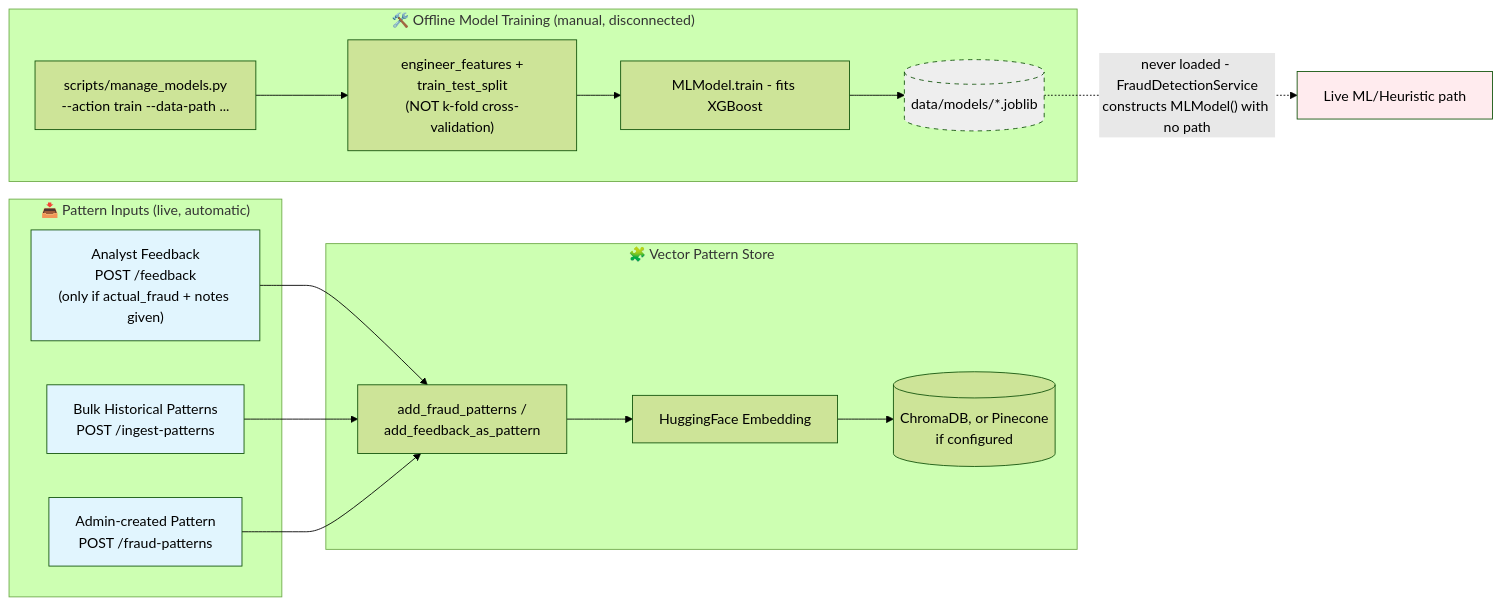
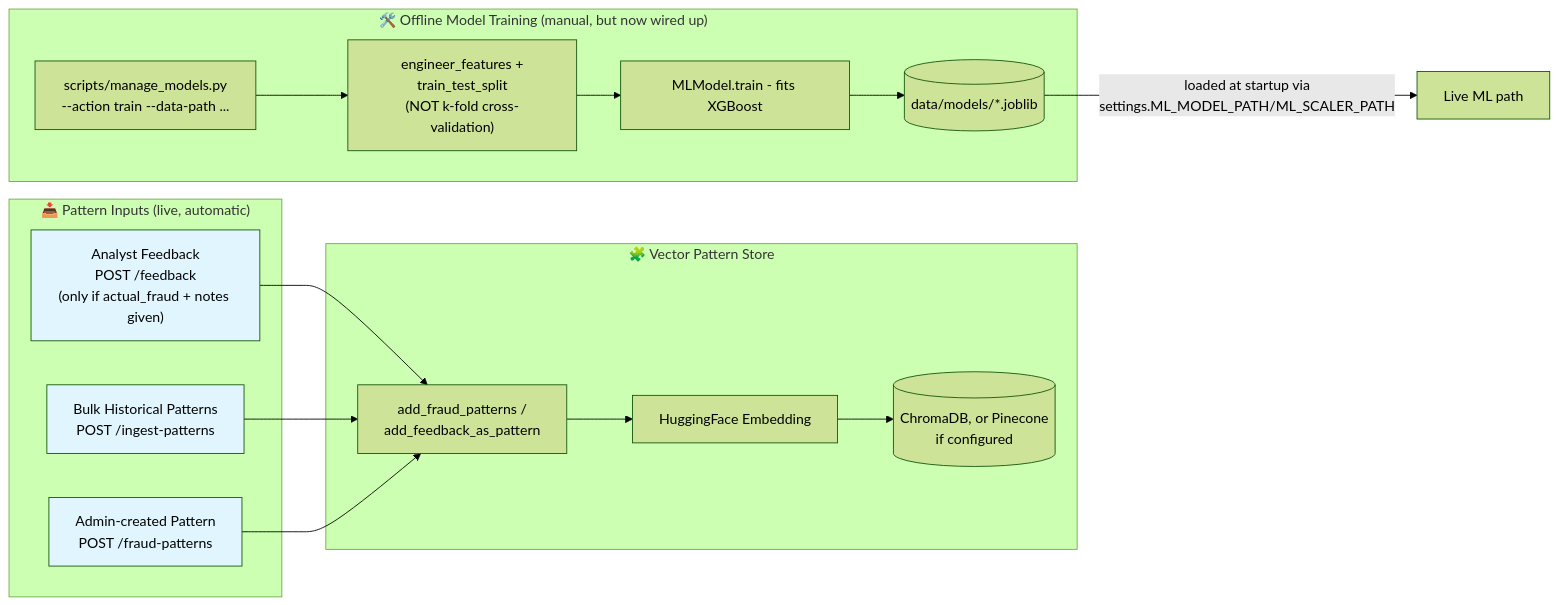
One commit to guruthanglearning/AILearning changed the fourth of 5 diagrams in MLProjects/creditcardfrauddetection/README.md. Above: the diagram before and after it, drawn with Mermaid (forest theme). The commit also changed other lines of this file and 9 other files, not shown here.

First line of the commit message:
Wire up the trained XGBoost model in FraudDetectionService (#12)

````diff
--- a/MLProjects/creditcardfrauddetection/README.md
+++ b/MLProjects/creditcardfrauddetection/README.md
@@ -1740,39 +1739,37 @@
 ```mermaid
 flowchart LR
     subgraph "📥 Pattern Inputs (live, automatic)"
         A1["Analyst Feedback<br/>POST /feedback<br/>(only if actual_fraud + notes given)"]
         A2["Bulk Historical Patterns<br/>POST /ingest-patterns"]
         A3["Admin-created Pattern<br/>POST /fraud-patterns"]
     end
 
     subgraph "🧩 Vector Pattern Store"
         B1[add_fraud_patterns /<br/>add_feedback_as_pattern]
         B2[HuggingFace Embedding]
         B3[(ChromaDB, or Pinecone<br/>if configured)]
     end
 
-    subgraph "🛠️ Offline Model Training (manual, disconnected)"
+    subgraph "🛠️ Offline Model Training (manual, but now wired up)"
         C1["scripts/manage_models.py<br/>--action train --data-path ..."]
         C2["engineer_features +<br/>train_test_split<br/>(NOT k-fold cross-validation)"]
         C3[MLModel.train - fits XGBoost]
         C4[("data/models/*.joblib")]
     end
 
     A1 --> B1
     A2 --> B1
     A3 --> B1
     B1 --> B2
     B2 --> B3
 
     C1 --> C2
     C2 --> C3
     C3 --> C4
 
-    C4 -.->|"never loaded - FraudDetectionService<br/>constructs MLModel() with no path"| XGB[Live ML/Heuristic path]
+    C4 -->|"loaded at startup via<br/>settings.ML_MODEL_PATH/ML_SCALER_PATH"| XGB[Live ML path]
 
     style A1 fill:#e1f5fe
     style A2 fill:#e1f5fe
     style A3 fill:#e1f5fe
-    style C4 fill:#eeeeee,stroke-dasharray: 5 5
-    style XGB fill:#ffebee
 ```
````
